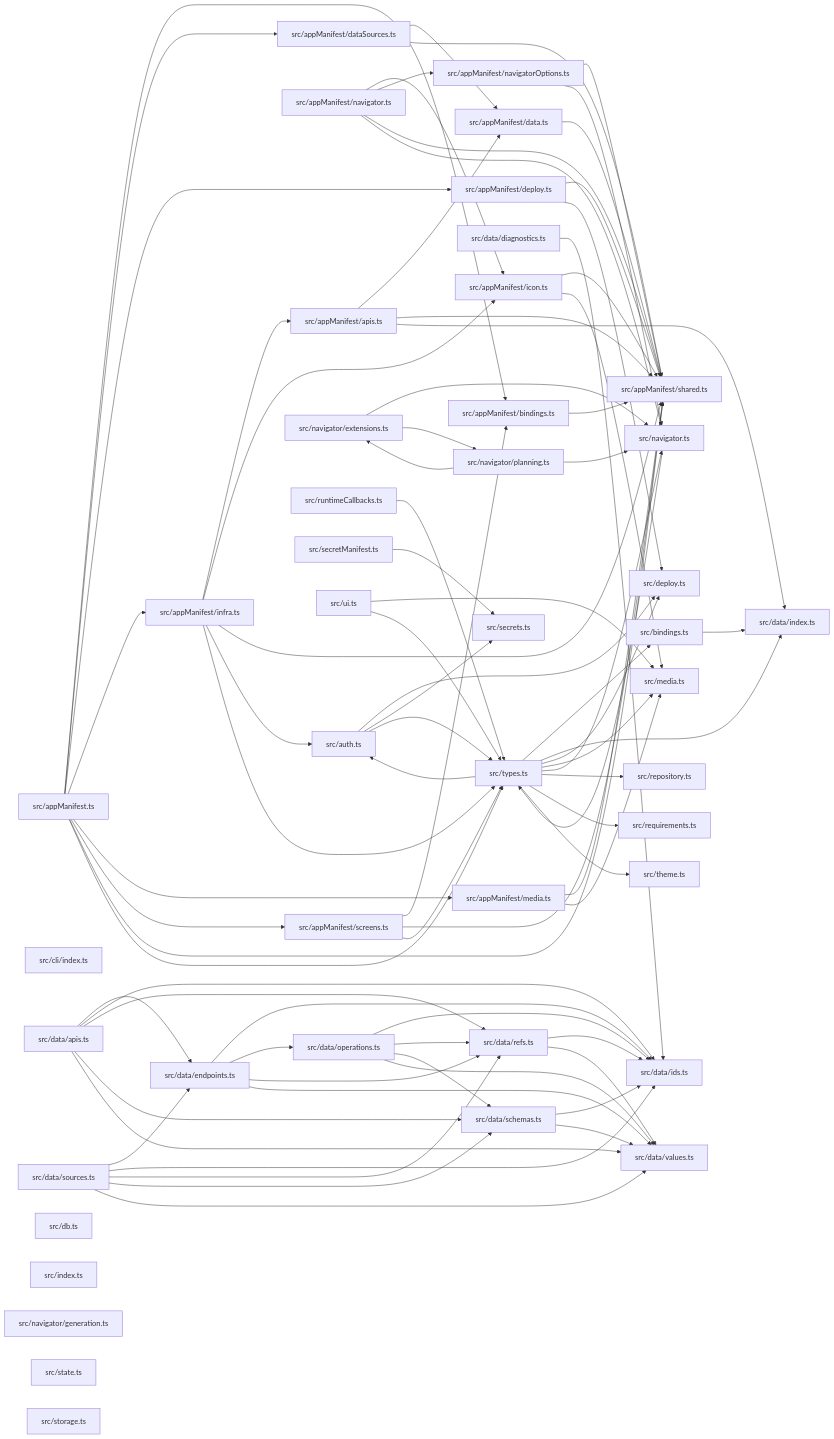
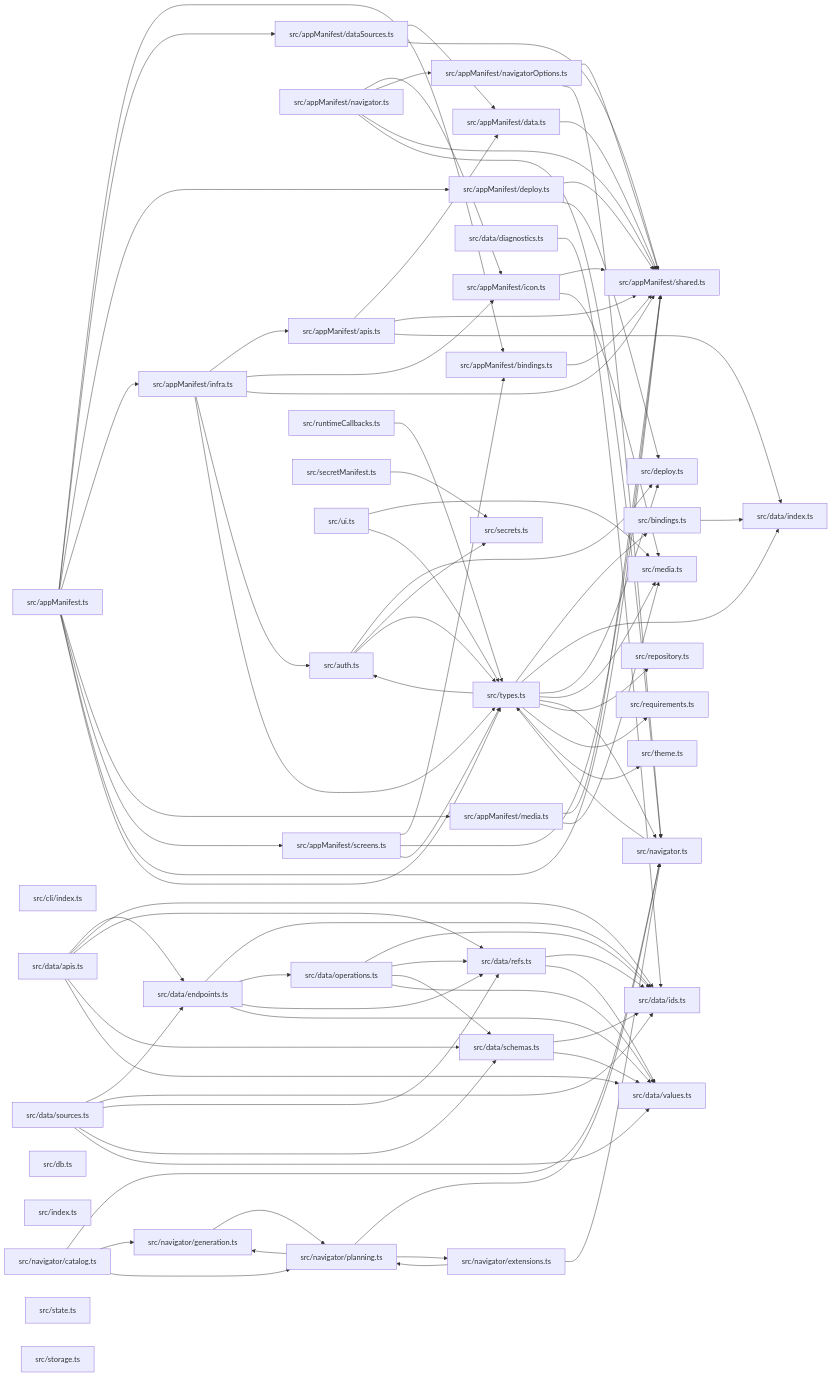
Before and after one commit to ankhorage/contracts: the diagram in paradox/diagrams/module-relationships.mmd, drawn with Mermaid. The commit also changed 16 other files, not shown here.

```diff
--- a/paradox/diagrams/module-relationships.mmd
+++ b/paradox/diagrams/module-relationships.mmd
@@ -1,125 +1,131 @@
 graph LR
   module_src_appManifest_ts["src/appManifest.ts"]
   module_src_appManifest_apis_ts["src/appManifest/apis.ts"]
   module_src_appManifest_bindings_ts["src/appManifest/bindings.ts"]
   module_src_appManifest_data_ts["src/appManifest/data.ts"]
   module_src_appManifest_dataSources_ts["src/appManifest/dataSources.ts"]
   module_src_appManifest_deploy_ts["src/appManifest/deploy.ts"]
   module_src_appManifest_icon_ts["src/appManifest/icon.ts"]
   module_src_appManifest_infra_ts["src/appManifest/infra.ts"]
   module_src_appManifest_media_ts["src/appManifest/media.ts"]
   module_src_appManifest_navigator_ts["src/appManifest/navigator.ts"]
   module_src_appManifest_navigatorOptions_ts["src/appManifest/navigatorOptions.ts"]
   module_src_appManifest_screens_ts["src/appManifest/screens.ts"]
   module_src_appManifest_shared_ts["src/appManifest/shared.ts"]
   module_src_auth_ts["src/auth.ts"]
   module_src_bindings_ts["src/bindings.ts"]
   module_src_cli_index_ts["src/cli/index.ts"]
   module_src_data_apis_ts["src/data/apis.ts"]
   module_src_data_diagnostics_ts["src/data/diagnostics.ts"]
   module_src_data_endpoints_ts["src/data/endpoints.ts"]
   module_src_data_ids_ts["src/data/ids.ts"]
   module_src_data_index_ts["src/data/index.ts"]
   module_src_data_operations_ts["src/data/operations.ts"]
   module_src_data_refs_ts["src/data/refs.ts"]
   module_src_data_schemas_ts["src/data/schemas.ts"]
   module_src_data_sources_ts["src/data/sources.ts"]
   module_src_data_values_ts["src/data/values.ts"]
   module_src_db_ts["src/db.ts"]
   module_src_deploy_ts["src/deploy.ts"]
   module_src_index_ts["src/index.ts"]
   module_src_media_ts["src/media.ts"]
   module_src_navigator_ts["src/navigator.ts"]
+  module_src_navigator_catalog_ts["src/navigator/catalog.ts"]
   module_src_navigator_extensions_ts["src/navigator/extensions.ts"]
   module_src_navigator_generation_ts["src/navigator/generation.ts"]
   module_src_navigator_planning_ts["src/navigator/planning.ts"]
   module_src_repository_ts["src/repository.ts"]
   module_src_requirements_ts["src/requirements.ts"]
   module_src_runtimeCallbacks_ts["src/runtimeCallbacks.ts"]
   module_src_secretManifest_ts["src/secretManifest.ts"]
   module_src_secrets_ts["src/secrets.ts"]
   module_src_state_ts["src/state.ts"]
   module_src_storage_ts["src/storage.ts"]
   module_src_theme_ts["src/theme.ts"]
   module_src_types_ts["src/types.ts"]
   module_src_ui_ts["src/ui.ts"]
   module_src_appManifest_ts --> module_src_appManifest_bindings_ts
   module_src_appManifest_ts --> module_src_appManifest_dataSources_ts
   module_src_appManifest_ts --> module_src_appManifest_deploy_ts
   module_src_appManifest_ts --> module_src_appManifest_infra_ts
   module_src_appManifest_ts --> module_src_appManifest_media_ts
   module_src_appManifest_ts --> module_src_appManifest_screens_ts
   module_src_appManifest_ts --> module_src_appManifest_shared_ts
   module_src_appManifest_ts --> module_src_types_ts
   module_src_appManifest_apis_ts --> module_src_appManifest_data_ts
   module_src_appManifest_apis_ts --> module_src_appManifest_shared_ts
   module_src_appManifest_apis_ts --> module_src_data_index_ts
   module_src_appManifest_bindings_ts --> module_src_appManifest_shared_ts
   module_src_appManifest_data_ts --> module_src_appManifest_shared_ts
   module_src_appManifest_dataSources_ts --> module_src_appManifest_data_ts
   module_src_appManifest_dataSources_ts --> module_src_appManifest_shared_ts
   module_src_appManifest_deploy_ts --> module_src_appManifest_shared_ts
   module_src_appManifest_deploy_ts --> module_src_deploy_ts
   module_src_appManifest_icon_ts --> module_src_appManifest_shared_ts
   module_src_appManifest_icon_ts --> module_src_media_ts
   module_src_appManifest_infra_ts --> module_src_appManifest_apis_ts
   module_src_appManifest_infra_ts --> module_src_appManifest_icon_ts
   module_src_appManifest_infra_ts --> module_src_appManifest_shared_ts
   module_src_appManifest_infra_ts --> module_src_auth_ts
   module_src_appManifest_infra_ts --> module_src_types_ts
   module_src_appManifest_media_ts --> module_src_appManifest_shared_ts
   module_src_appManifest_media_ts --> module_src_media_ts
   module_src_appManifest_navigator_ts --> module_src_appManifest_icon_ts
   module_src_appManifest_navigator_ts --> module_src_appManifest_navigatorOptions_ts
   module_src_appManifest_navigator_ts --> module_src_appManifest_shared_ts
   module_src_appManifest_navigator_ts --> module_src_navigator_ts
   module_src_appManifest_navigatorOptions_ts --> module_src_appManifest_shared_ts
   module_src_appManifest_navigatorOptions_ts --> module_src_navigator_ts
   module_src_appManifest_screens_ts --> module_src_appManifest_bindings_ts
   module_src_appManifest_screens_ts --> module_src_appManifest_shared_ts
   module_src_appManifest_screens_ts --> module_src_types_ts
   module_src_auth_ts --> module_src_deploy_ts
   module_src_auth_ts --> module_src_secrets_ts
   module_src_auth_ts --> module_src_types_ts
   module_src_bindings_ts --> module_src_data_index_ts
   module_src_data_apis_ts --> module_src_data_endpoints_ts
   module_src_data_apis_ts --> module_src_data_ids_ts
   module_src_data_apis_ts --> module_src_data_refs_ts
   module_src_data_apis_ts --> module_src_data_schemas_ts
   module_src_data_apis_ts --> module_src_data_values_ts
   module_src_data_diagnostics_ts --> module_src_data_ids_ts
   module_src_data_endpoints_ts --> module_src_data_ids_ts
   module_src_data_endpoints_ts --> module_src_data_operations_ts
   module_src_data_endpoints_ts --> module_src_data_refs_ts
   module_src_data_endpoints_ts --> module_src_data_values_ts
   module_src_data_operations_ts --> module_src_data_ids_ts
   module_src_data_operations_ts --> module_src_data_refs_ts
   module_src_data_operations_ts --> module_src_data_schemas_ts
   module_src_data_operations_ts --> module_src_data_values_ts
   module_src_data_refs_ts --> module_src_data_ids_ts
   module_src_data_refs_ts --> module_src_data_values_ts
   module_src_data_schemas_ts --> module_src_data_ids_ts
   module_src_data_schemas_ts --> module_src_data_values_ts
   module_src_data_sources_ts --> module_src_data_endpoints_ts
   module_src_data_sources_ts --> module_src_data_ids_ts
   module_src_data_sources_ts --> module_src_data_refs_ts
   module_src_data_sources_ts --> module_src_data_schemas_ts
   module_src_data_sources_ts --> module_src_data_values_ts
   module_src_navigator_ts --> module_src_types_ts
+  module_src_navigator_catalog_ts --> module_src_navigator_ts
+  module_src_navigator_catalog_ts --> module_src_navigator_generation_ts
+  module_src_navigator_catalog_ts --> module_src_navigator_planning_ts
   module_src_navigator_extensions_ts --> module_src_navigator_ts
   module_src_navigator_extensions_ts --> module_src_navigator_planning_ts
+  module_src_navigator_generation_ts --> module_src_navigator_planning_ts
   module_src_navigator_planning_ts --> module_src_navigator_ts
   module_src_navigator_planning_ts --> module_src_navigator_extensions_ts
+  module_src_navigator_planning_ts --> module_src_navigator_generation_ts
   module_src_runtimeCallbacks_ts --> module_src_types_ts
   module_src_secretManifest_ts --> module_src_secrets_ts
   module_src_types_ts --> module_src_auth_ts
   module_src_types_ts --> module_src_bindings_ts
   module_src_types_ts --> module_src_data_index_ts
   module_src_types_ts --> module_src_deploy_ts
   module_src_types_ts --> module_src_media_ts
   module_src_types_ts --> module_src_navigator_ts
   module_src_types_ts --> module_src_repository_ts
   module_src_types_ts --> module_src_requirements_ts
   module_src_types_ts --> module_src_theme_ts
   module_src_ui_ts --> module_src_media_ts
   module_src_ui_ts --> module_src_types_ts
```
